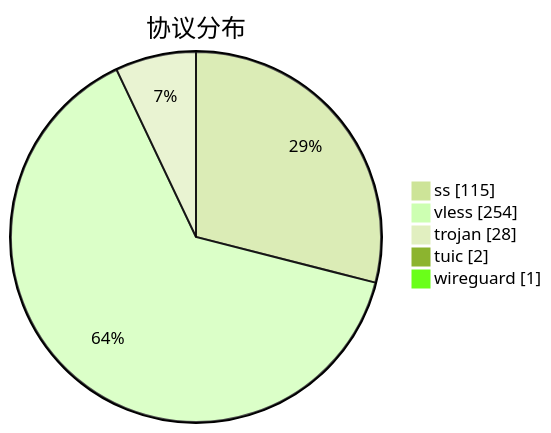
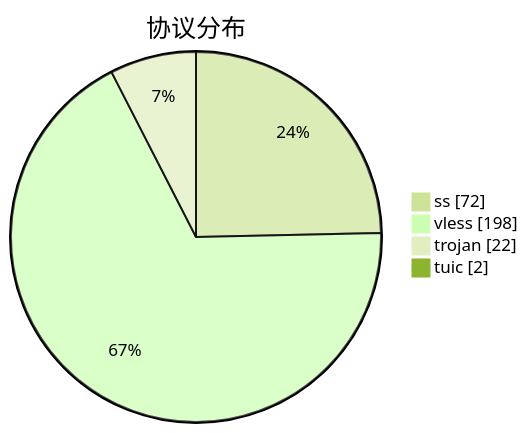
Before and after one commit to qjlxg/airport: the third of 3 diagrams in subs/statistics/tested_within.md, drawn with Mermaid (forest theme). The commit also changed other lines of this file and 2 other files, not shown here.

````diff
--- a/subs/statistics/tested_within.md
+++ b/subs/statistics/tested_within.md
@@ -29,9 +25,8 @@
 ```mermaid
 pie showData
 title 协议分布
-"ss" : 115
-"vless" : 254
-"trojan" : 28
+"ss" : 72
+"vless" : 198
+"trojan" : 22
 "tuic" : 2
-"wireguard" : 1
 ```
````
